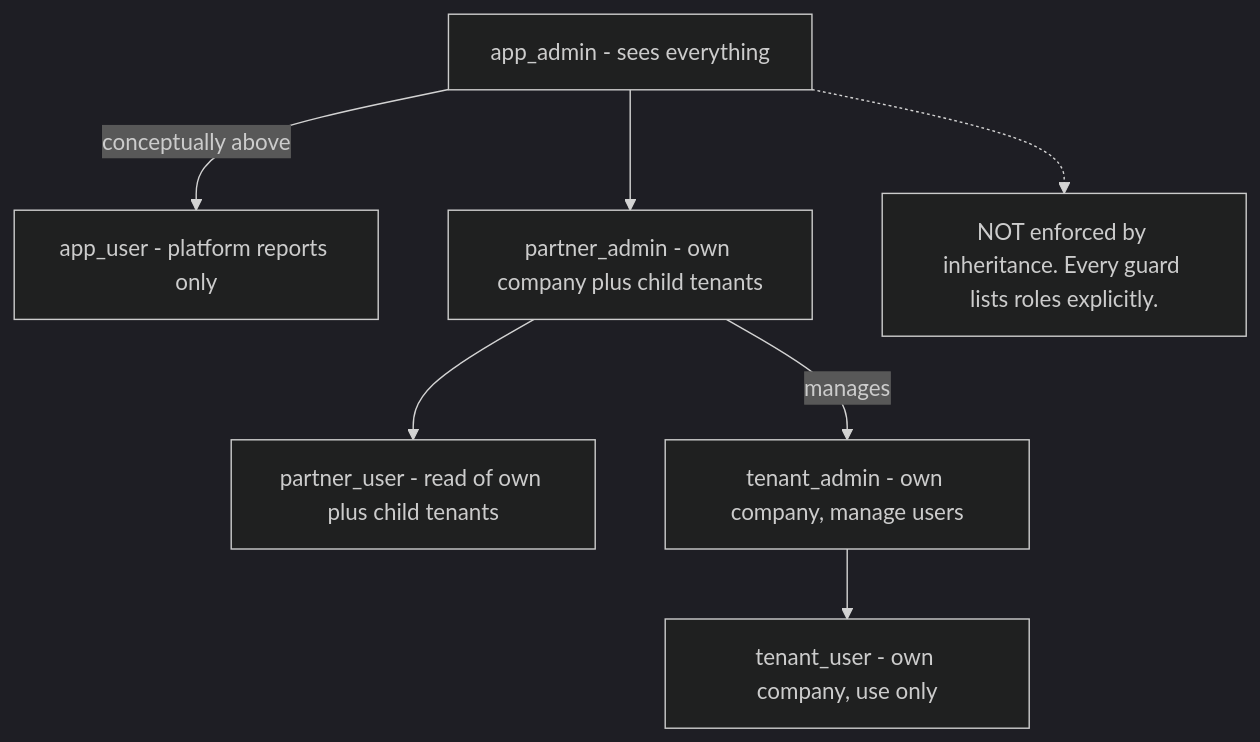
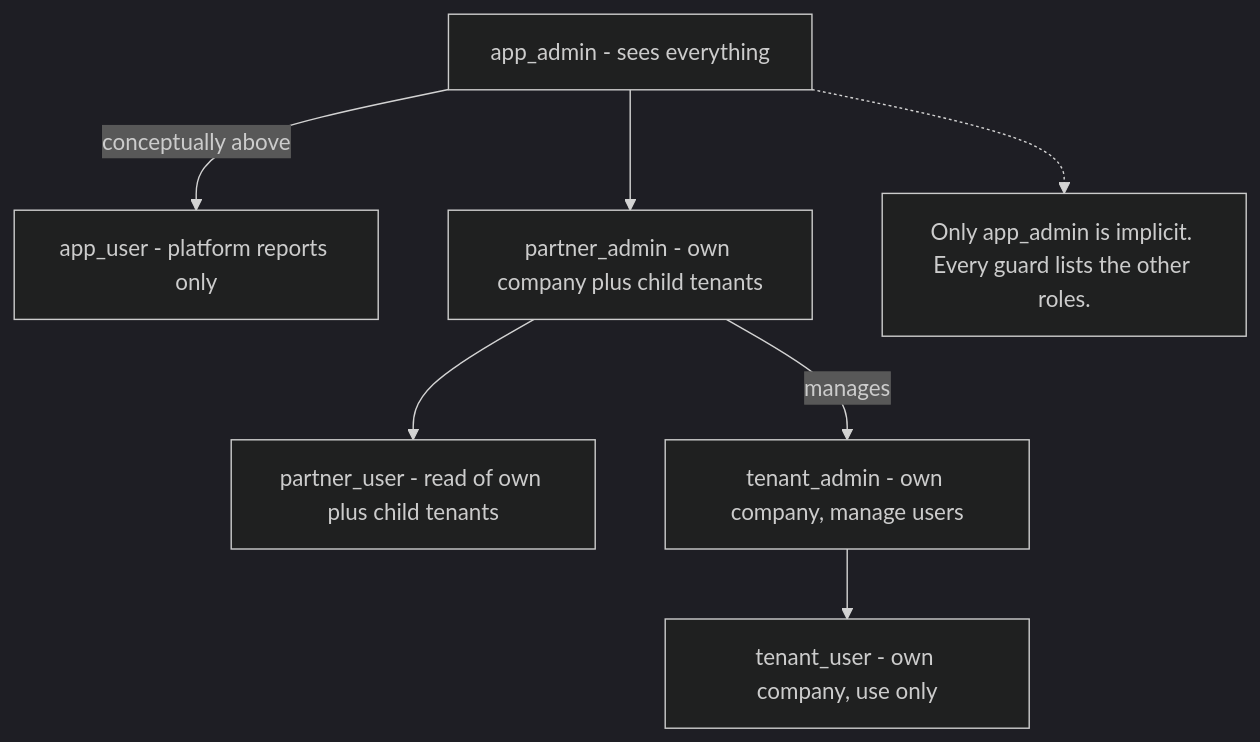
Before and after one commit to gondolerahul/hire-buddha-app: the eighth of 20 diagrams in docs/current/04-auth-rbac-tenancy.md, drawn with Mermaid (dark theme). The commit also changed other lines of this file and 8 other files, not shown here.

````diff
--- a/docs/current/04-auth-rbac-tenancy.md
+++ b/docs/current/04-auth-rbac-tenancy.md
@@ -659,18 +669,18 @@
 ```mermaid
 flowchart TD
     AA["app_admin - sees everything"]
     AU["app_user - platform reports only"]
     PA["partner_admin - own company plus child tenants"]
     PU["partner_user - read of own plus child tenants"]
     TA["tenant_admin - own company, manage users"]
     TU["tenant_user - own company, use only"]
 
     AA -->|"conceptually above"| AU
     AA --> PA
     PA --> PU
     PA -->|"manages"| TA
     TA --> TU
 
-    NOTE["NOT enforced by inheritance. Every guard lists roles explicitly."]
+    NOTE["Only app_admin is implicit. Every guard lists the other roles."]
     AA -.-> NOTE
 ```
````
